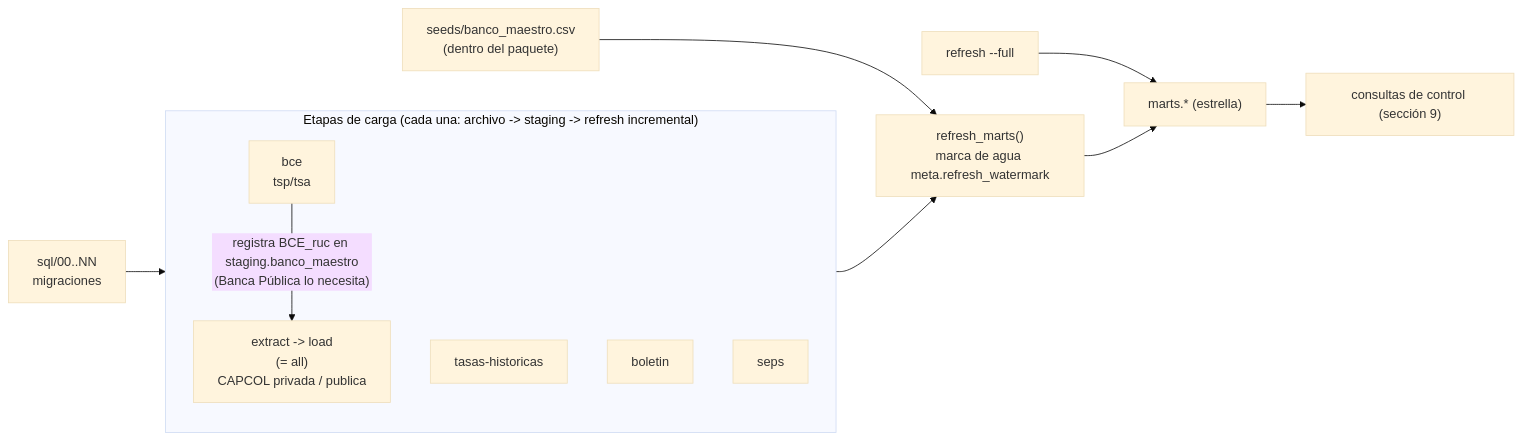
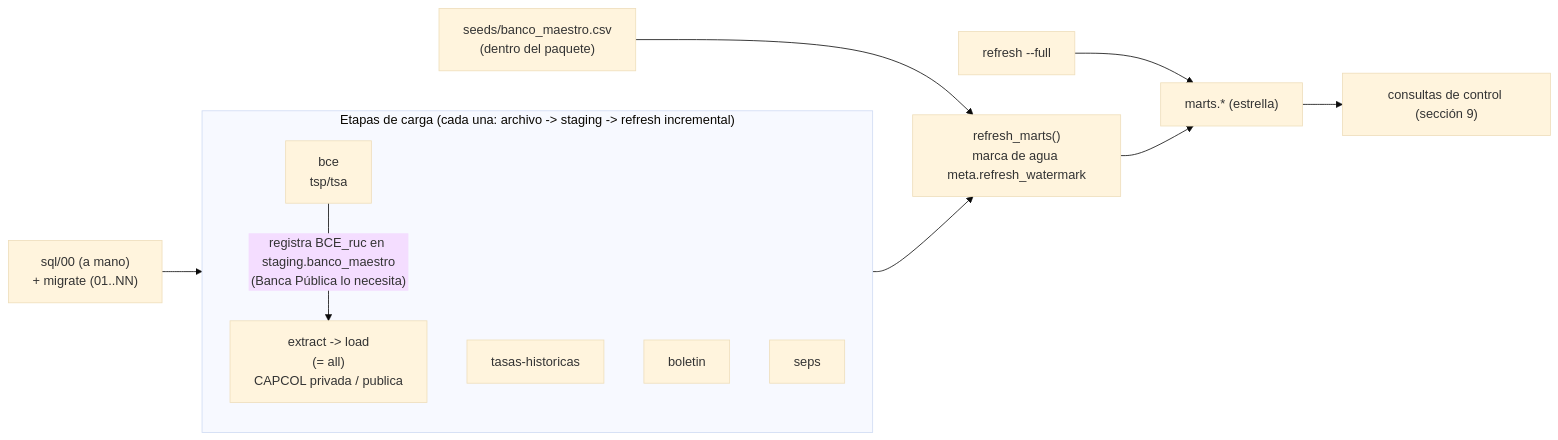
The diagram in docs/despliegue_y_orquestacion.md (klovad/benchmark-financiero), drawn with Mermaid (base theme) before and after one commit. The commit also changed other lines of this file and 17 other files, not shown here.

````diff
--- a/docs/despliegue_y_orquestacion.md
+++ b/docs/despliegue_y_orquestacion.md
@@ -79,18 +100,18 @@
 ```mermaid
 flowchart LR
-    MIG["sql/00..NN<br/>migraciones"] --> ETL
+    MIG["sql/00 (a mano)<br/>+ migrate (01..NN)"] --> ETL
     subgraph ETL["Etapas de carga (cada una: archivo -> staging -> refresh incremental)"]
         direction TB
         BCE["bce<br/>tsp/tsa"]
         TH["tasas-historicas"]
         CAP["extract -> load<br/>(= all)<br/>CAPCOL privada / publica"]
         BOL["boletin"]
         SEPS["seps"]
     end
     SEEDS["seeds/banco_maestro.csv<br/>(dentro del paquete)"] --> REF
     BCE -- "registra BCE_ruc en staging.banco_maestro<br/>(Banca Pública lo necesita)" --> CAP
     ETL --> REF["refresh_marts()<br/>marca de agua meta.refresh_watermark"]
     REFF["refresh --full"] --> MARTS
     REF --> MARTS["marts.* (estrella)"]
     MARTS --> CHK["consultas de control (sección 9)"]
 ```
````
